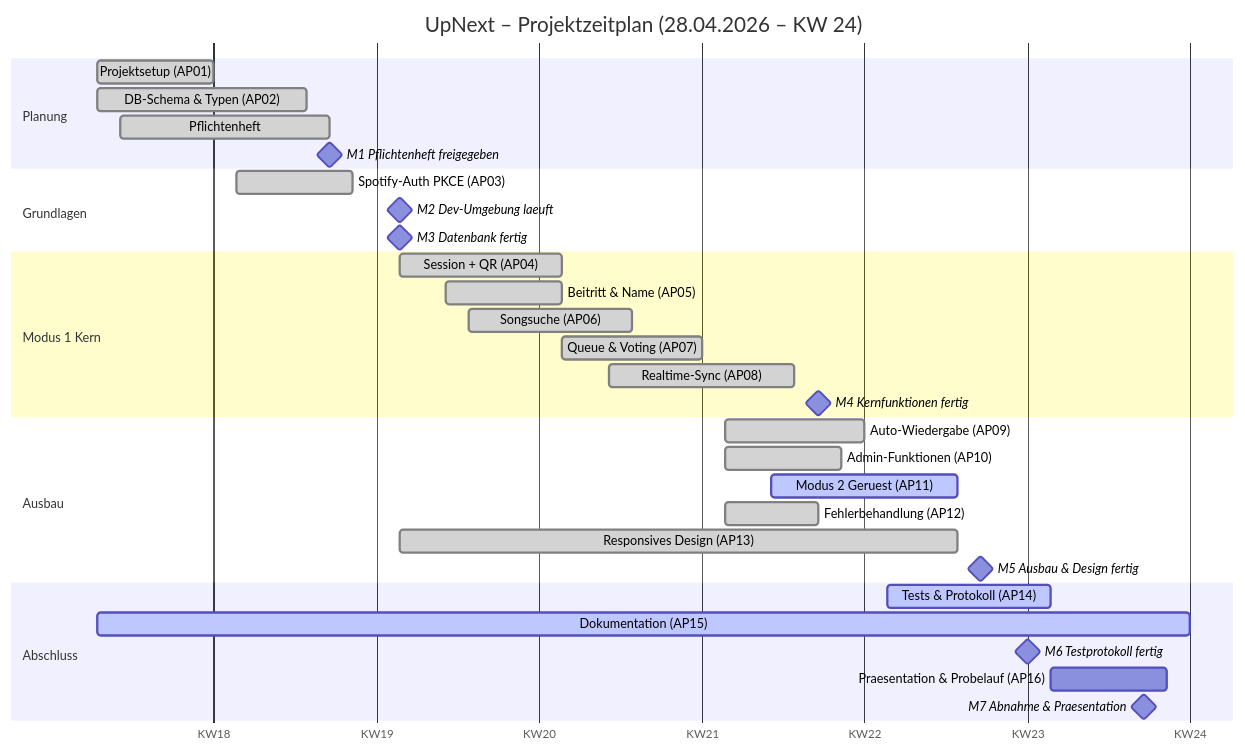
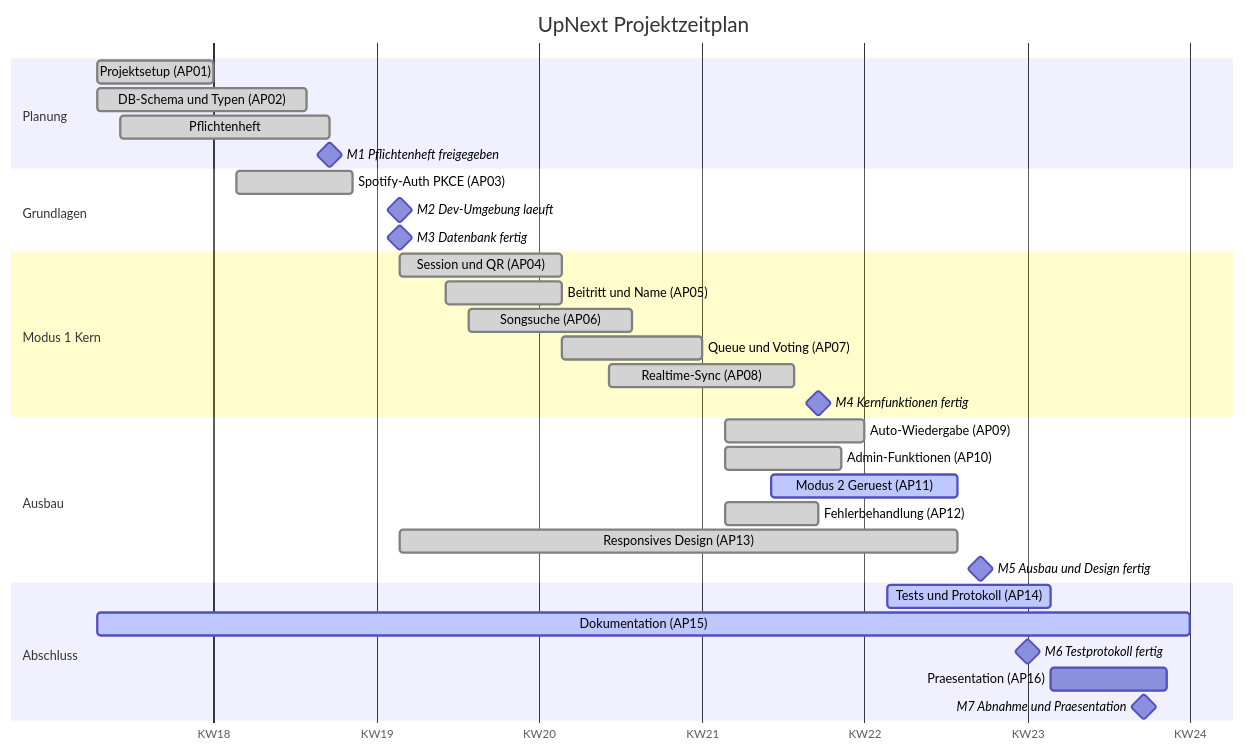
Before and after one commit to christian-hnl/UpNext: the diagram in Projektmanagment/05_gantt-diagramm.md, drawn with Mermaid. The commit also changed other lines of this file and 8 other files, not shown here.

````diff
--- a/Projektmanagment/05_gantt-diagramm.md
+++ b/Projektmanagment/05_gantt-diagramm.md
@@ -47,40 +39,40 @@
 ```mermaid
 gantt
-    title UpNext – Projektzeitplan (28.04.2026 – KW 24)
+    title UpNext Projektzeitplan
     dateFormat YYYY-MM-DD
     axisFormat KW%V
 
     section Planung
     Projektsetup (AP01)            :done, a1, 2026-04-28, 5d
-    DB-Schema & Typen (AP02)       :done, a2, 2026-04-28, 9d
+    DB-Schema und Typen (AP02)     :done, a2, 2026-04-28, 9d
     Pflichtenheft                  :done, a3, 2026-04-29, 9d
     M1 Pflichtenheft freigegeben   :milestone, m1, 2026-05-08, 0d
 
     section Grundlagen
     Spotify-Auth PKCE (AP03)       :done, b1, 2026-05-04, 5d
     M2 Dev-Umgebung laeuft         :milestone, m2, 2026-05-11, 0d
     M3 Datenbank fertig            :milestone, m3, 2026-05-11, 0d
 
     section Modus 1 Kern
-    Session + QR (AP04)            :done, c1, 2026-05-11, 7d
-    Beitritt & Name (AP05)         :done, c2, 2026-05-13, 5d
+    Session und QR (AP04)          :done, c1, 2026-05-11, 7d
+    Beitritt und Name (AP05)       :done, c2, 2026-05-13, 5d
     Songsuche (AP06)               :done, c3, 2026-05-14, 7d
-    Queue & Voting (AP07)          :done, c4, 2026-05-18, 6d
+    Queue und Voting (AP07)        :done, c4, 2026-05-18, 6d
     Realtime-Sync (AP08)           :done, c5, 2026-05-20, 8d
     M4 Kernfunktionen fertig       :milestone, m4, 2026-05-29, 0d
 
     section Ausbau
     Auto-Wiedergabe (AP09)         :done, d1, 2026-05-25, 6d
     Admin-Funktionen (AP10)        :done, d2, 2026-05-25, 5d
     Modus 2 Geruest (AP11)         :active, d3, 2026-05-27, 8d
     Fehlerbehandlung (AP12)        :done, d4, 2026-05-25, 4d
     Responsives Design (AP13)      :done, d5, 2026-05-11, 24d
-    M5 Ausbau & Design fertig      :milestone, m5, 2026-06-05, 0d
+    M5 Ausbau und Design fertig    :milestone, m5, 2026-06-05, 0d
 
     section Abschluss
-    Tests & Protokoll (AP14)       :active, e1, 2026-06-01, 7d
+    Tests und Protokoll (AP14)     :active, e1, 2026-06-01, 7d
     Dokumentation (AP15)           :active, e2, 2026-04-28, 47d
     M6 Testprotokoll fertig        :milestone, m6, 2026-06-07, 0d
-    Praesentation & Probelauf (AP16):f1, 2026-06-08, 5d
-    M7 Abnahme & Praesentation     :milestone, m7, 2026-06-12, 0d
+    Praesentation (AP16)           :f1, 2026-06-08, 5d
+    M7 Abnahme und Praesentation   :milestone, m7, 2026-06-12, 0d
 ```
````
